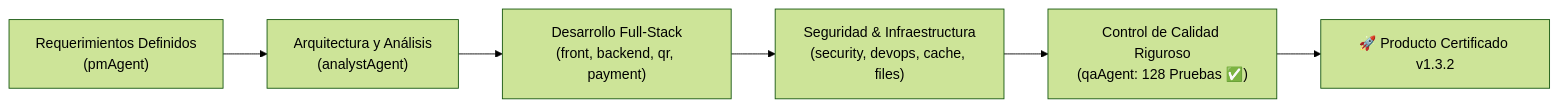
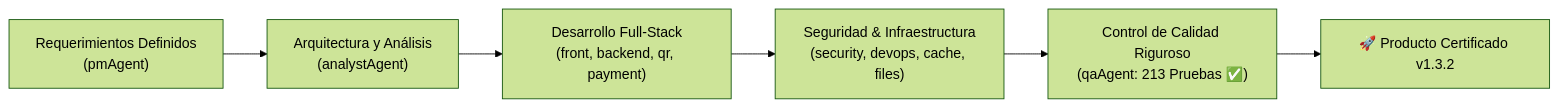
One commit to paolapaz202504/QRgenerator changed the diagram in PROJECT_STATUS_QRGENERATOR.md. Above: the diagram before and after it, drawn with Mermaid (forest theme). The commit also changed other lines of this file and 10 other files, not shown here.

````diff
--- a/PROJECT_STATUS_QRGENERATOR.md
+++ b/PROJECT_STATUS_QRGENERATOR.md
@@ -12,8 +12,8 @@
 ```mermaid
 flowchart LR
     A["Requerimientos Definidos\n(pmAgent)"] --> B["Arquitectura y Análisis\n(analystAgent)"]
     B --> C["Desarrollo Full-Stack\n(front, backend, qr, payment)"]
     C --> D["Seguridad & Infraestructura\n(security, devops, cache, files)"]
-    D --> E["Control de Calidad Riguroso\n(qaAgent: 128 Pruebas ✅)"]
+    D --> E["Control de Calidad Riguroso\n(qaAgent: 213 Pruebas ✅)"]
     E --> F["🚀 Producto Certificado v1.3.2"]
 ```
````
